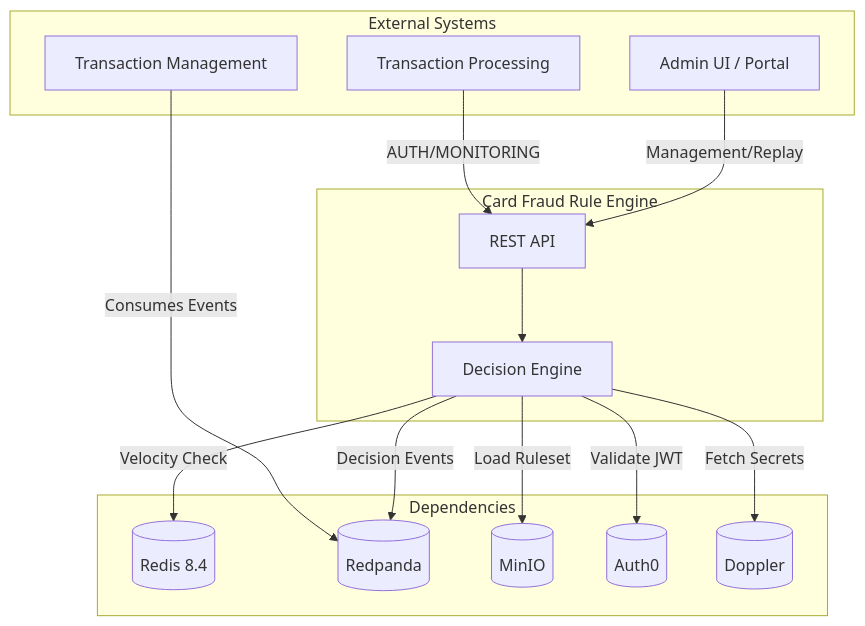
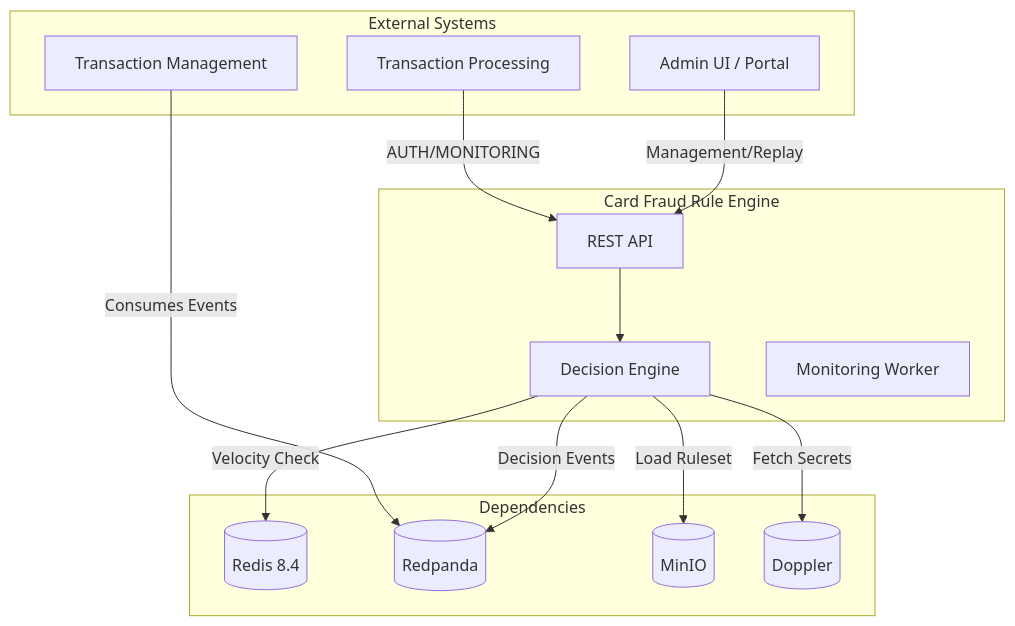
The first of 7 diagrams in docs/02-development/architecture.md (fraud-platform/card-fraud-rule-engine), drawn with Mermaid before and after one commit. The commit also changed other lines of this file and 132 other files, not shown here.

````diff
--- a/docs/02-development/architecture.md
+++ b/docs/02-development/architecture.md
@@ -7,32 +7,31 @@
 ```mermaid
 graph TB
     subgraph "External Systems"
         TXN[Transaction Processing]
         UI[Admin UI / Portal]
         TM[Transaction Management]
     end
 
     subgraph "Card Fraud Rule Engine"
         Engine[Decision Engine]
         API[REST API]
+        Worker[Monitoring Worker]
     end
 
     subgraph "Dependencies"
         Redis[(Redis 8.4)]
         Redpanda[(Redpanda)]
         MinIO[(MinIO)]
-        Auth0[(Auth0)]
         Doppler[(Doppler)]
     end
 
     TXN -->|AUTH/MONITORING| API
     UI -->|Management/Replay| API
     TM -->|Consumes Events| Redpanda
 
     API --> Engine
     Engine -->|Velocity Check| Redis
     Engine -->|Decision Events| Redpanda
     Engine -->|Load Ruleset| MinIO
-    Engine -->|Validate JWT| Auth0
     Engine -->|Fetch Secrets| Doppler
 ```
````
